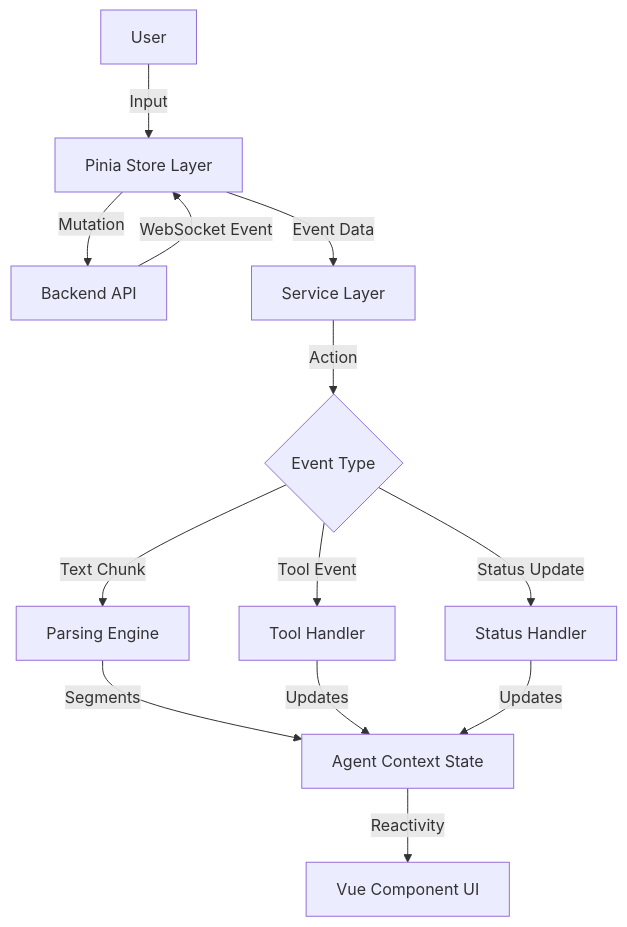
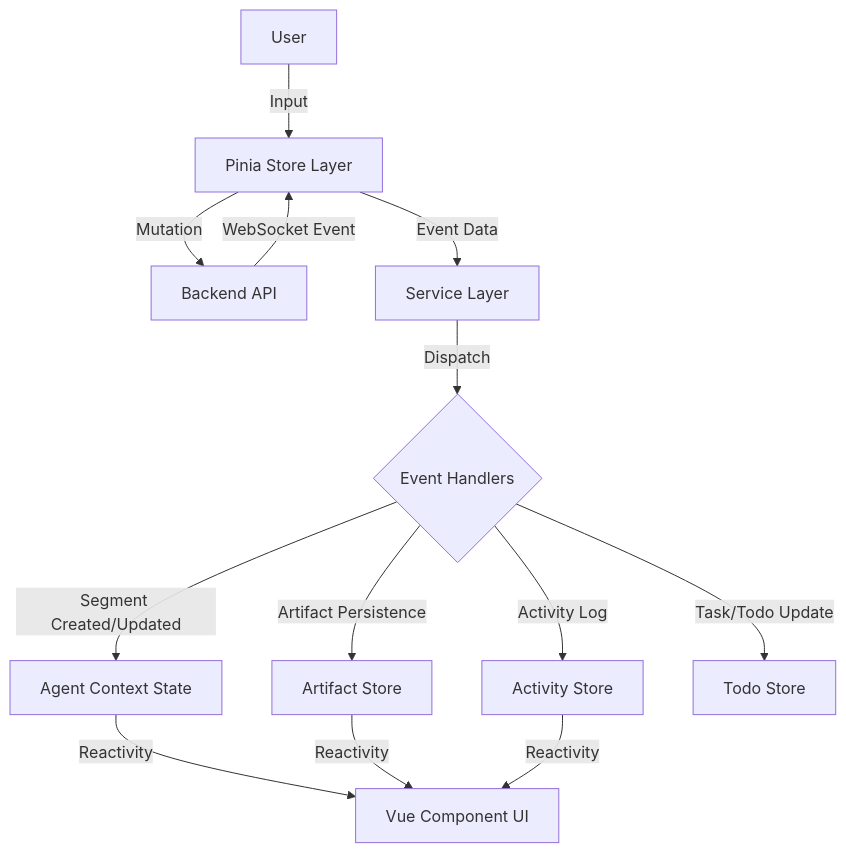
The diagram in docs/agent_execution_architecture.md (AutoByteus/autobyteus-web), drawn with Mermaid before and after one commit. The commit also changed other lines of this file, not shown here.

Commit message:
docs: update agent execution architecture to reflect backend-side parsing

````diff
--- a/docs/agent_execution_architecture.md
+++ b/docs/agent_execution_architecture.md
@@ -11,18 +13,18 @@
 ```mermaid
 graph TD
     User-->|Input| Store[Pinia Store Layer]
     Store-->|Mutation| Backend[Backend API]
     Backend-->|WebSocket Event| Store
     Store-->|Event Data| Service[Service Layer]
-    Service-->|Action| Router{Event Type}
 
-    Router-->|Text Chunk| Parser[Parsing Engine]
-    Router-->|Tool Event| Handler1[Tool Handler]
-    Router-->|Status Update| Handler2[Status Handler]
+    Service-->|Dispatch| Handler{Event Handlers}
 
-    Parser-->|Segments| State[Agent Context State]
-    Handler1-->|Updates| State
-    Handler2-->|Updates| State
+    Handler-->|Segment Created/Updated| Context[Agent Context State]
+    Handler-->|Artifact Persistence| ArtifactStore[Artifact Store]
+    Handler-->|Activity Log| ActivityStore[Activity Store]
+    Handler-->|Task/Todo Update| TodoStore[Todo Store]
 
-    State-->|Reactivity| UI[Vue Component UI]
+    Context-->|Reactivity| UI[Vue Component UI]
+    ArtifactStore-->|Reactivity| UI
+    ActivityStore-->|Reactivity| UI
 ```
````
